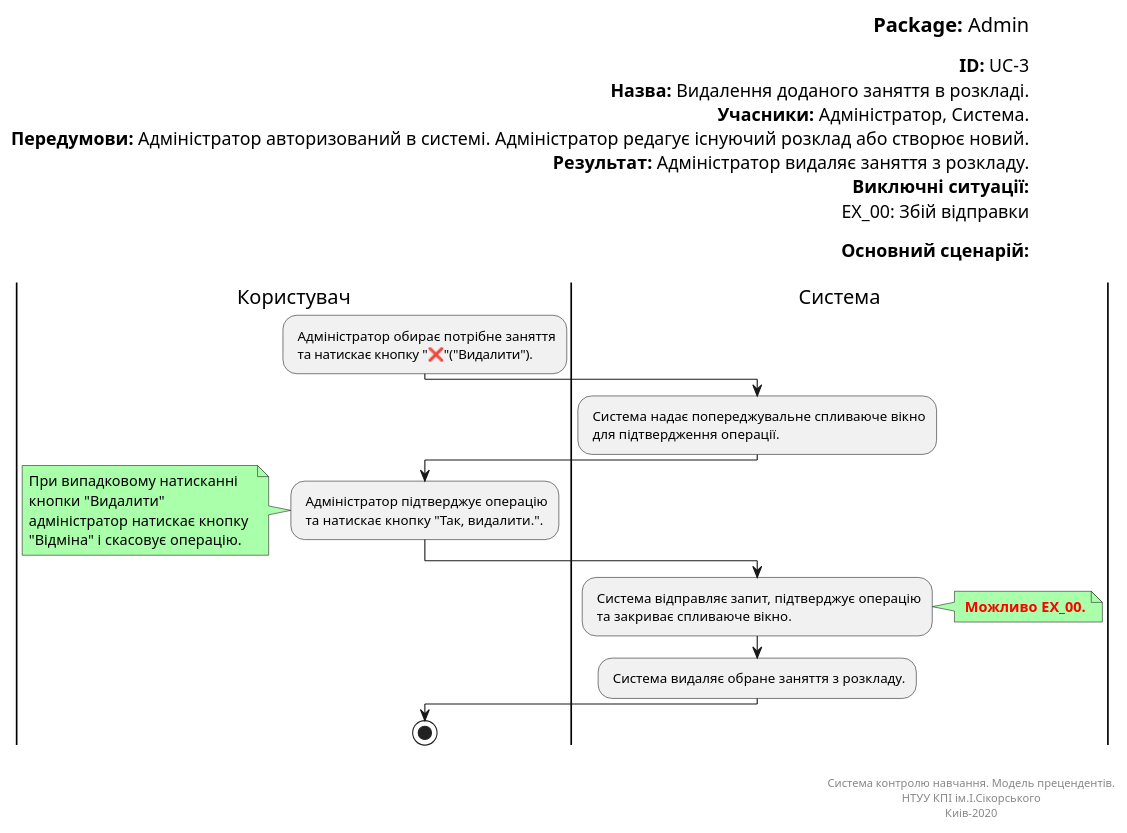
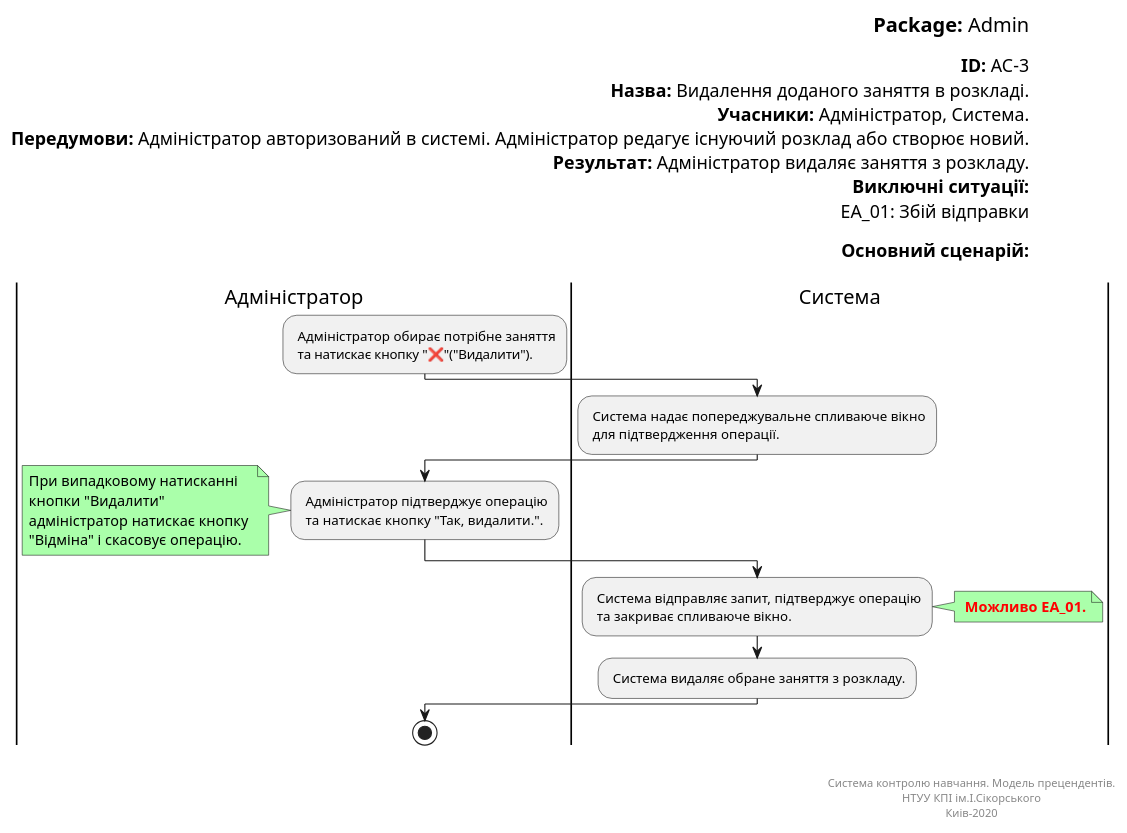
Before and after one commit to vladlinu/TeamOne: the diagram in docs/UML_Diagrams/scenarios/admin/src/delete_class.pu, drawn with PlantUML. The commit also changed 9 other files, not shown here.

```diff
--- a/docs/UML_Diagrams/scenarios/admin/src/delete_class.pu
+++ b/docs/UML_Diagrams/scenarios/admin/src/delete_class.pu
@@ -1,56 +1,56 @@
 @startuml
 left header
 <font color=000 size=18><b>Package:</b> Admin
 
-<font color=000 size=16><b>ID:</b> UC-3
+<font color=000 size=16><b>ID:</b> AC-3
 <font color=000 size=16><b>Назва:</b> Видалення доданого заняття в розкладі.
 <font color=000 size=16><b>Учасники:</b> Адміністратор, Система.
 <font color=000 size=16><b>Передумови:</b> Адміністратор авторизований в системі. Адміністратор редагує існуючий розклад або створює новий.
 <font color=000 size=16><b>Результат:</b> Адміністратор видаляє заняття з розкладу.
 <font color=000 size=16><b>Виключні ситуації:</b>
-<font color=000 size=16> EX_00: Збій відправки
+<font color=000 size=16> EA_01: Збій відправки
 
 <font color=000 size=16><b>Основний сценарій:</b>
 
 end header
 
-|Користувач|
+|Адміністратор|
 : Адміністратор обирає потрібне заняття
  та натискає кнопку "❌"("Видалити").;
 
 |Система|
 : Система надає попереджувальне спливаюче вікно
  для підтвердження операції.;
 
-|Користувач|
+|Адміністратор|
 : Адміністратор підтверджує операцію
  та натискає кнопку "Так, видалити.".;
 
 note left #aaffaa
 При випадковому натисканні 
 кнопки "Видалити"
 адміністратор натискає кнопку 
 "Відміна" і скасовує операцію.
 end note
 
 |Система|
 : Система відправляє запит, підтверджує операцію
  та закриває спливаюче вікно.;
 
 note right #aaffaa
-<font color=red><b> Можливо EX_00.
+<font color=red><b> Можливо EA_01.
 end note
 
 : Система видаляє обране заняття з розкладу.;
 
-|Користувач|
+|Адміністратор|
 stop;
 
 right footer
 
 
 Система контролю навчання. Модель прецендентів.
 НТУУ КПІ ім.І.Сікорського
 Киів-2020
 end footer
 @enduml
```
